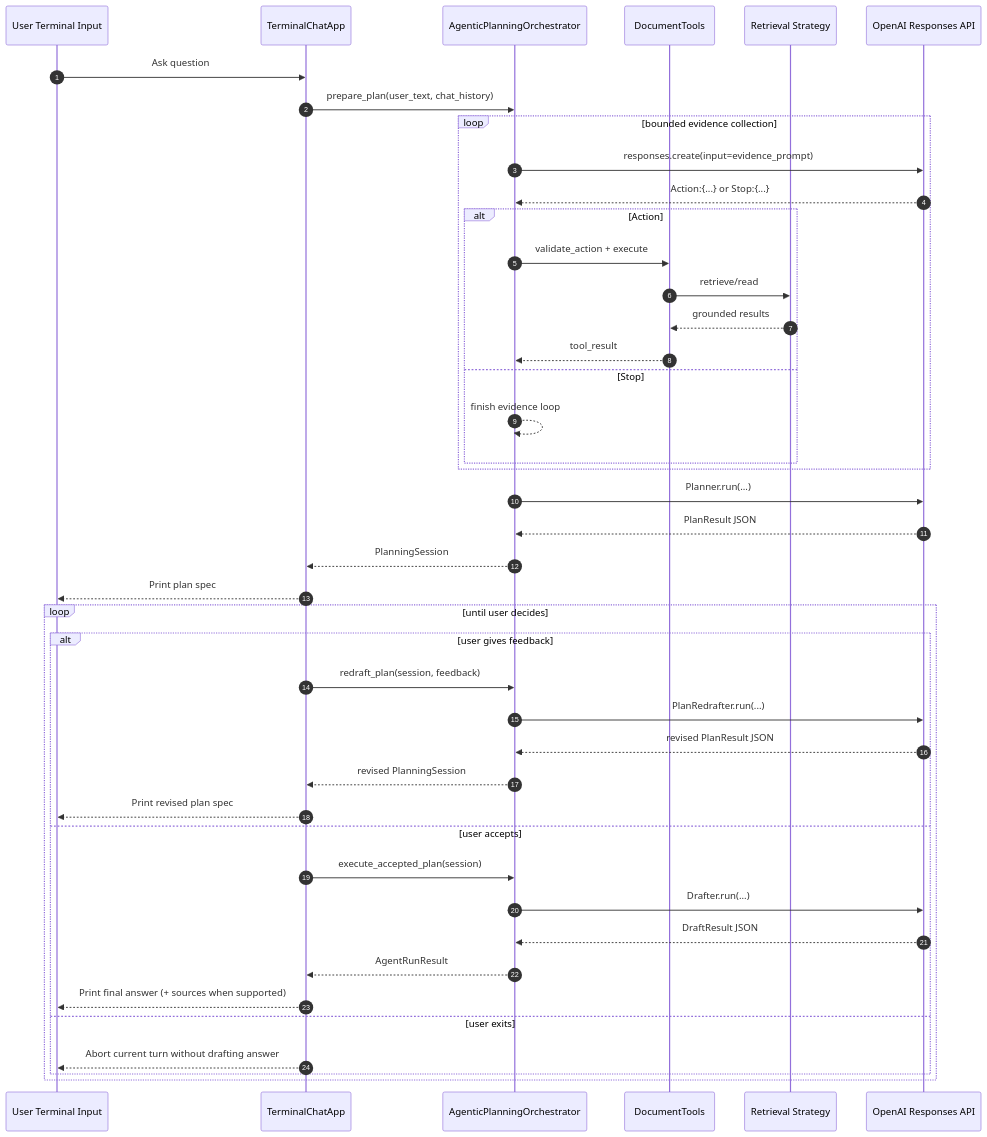
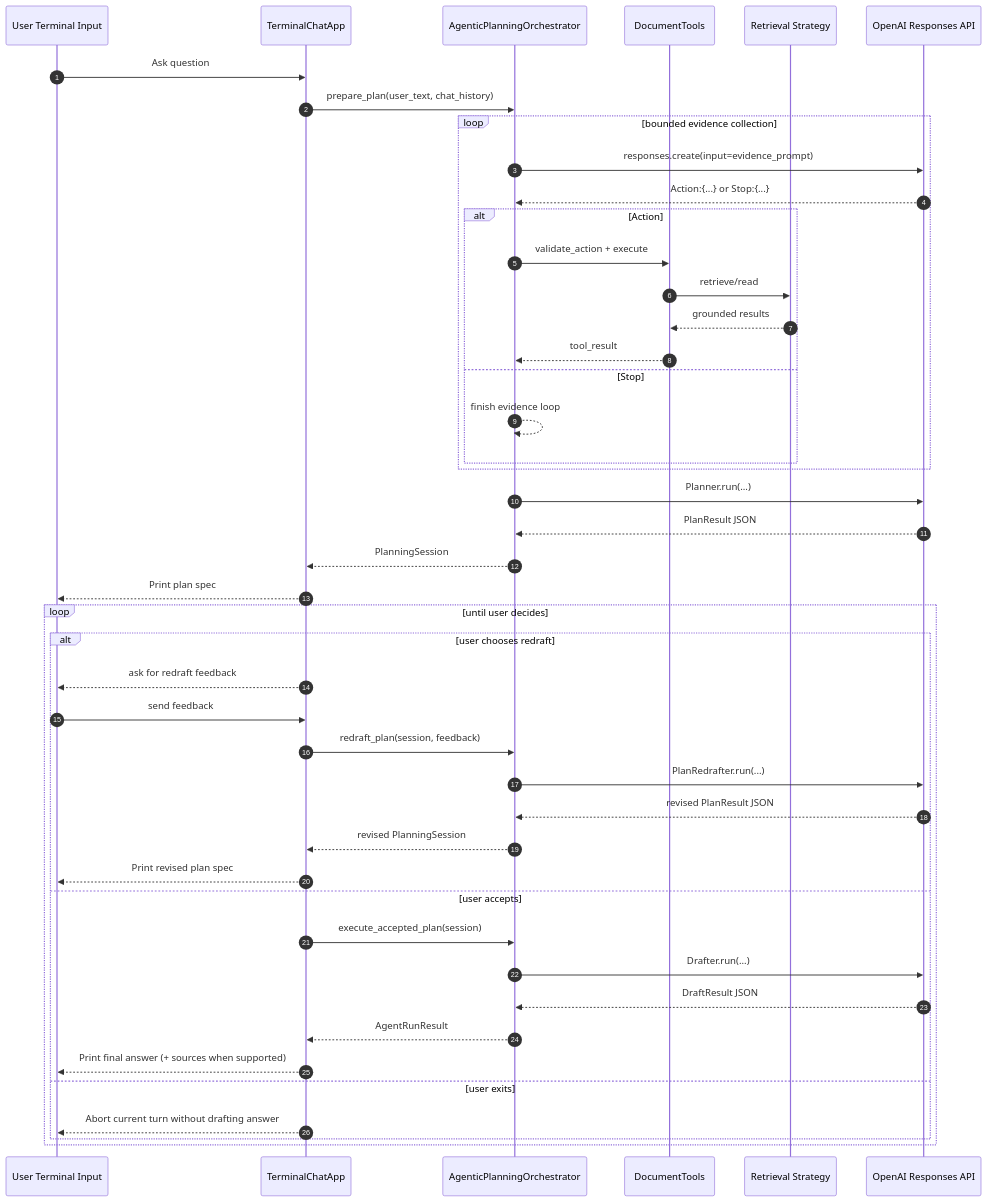
One commit to yao-creative/ai-playground changed the diagram in src/06-agentic-planning/README.md. Above: the diagram before and after it, drawn with Mermaid. The commit also changed other lines of this file and 2 other files, not shown here.

````diff
--- a/src/06-agentic-planning/README.md
+++ b/src/06-agentic-planning/README.md
@@ -18,49 +18,51 @@
 ```mermaid
 sequenceDiagram
     autonumber
     participant User as User Terminal Input
     participant App as TerminalChatApp
     participant Orch as AgenticPlanningOrchestrator
     participant Tools as DocumentTools
     participant Retriever as Retrieval Strategy
     participant OpenAI as OpenAI Responses API
 
     User->>App: Ask question
     App->>Orch: prepare_plan(user_text, chat_history)
 
     loop bounded evidence collection
         Orch->>OpenAI: responses.create(input=evidence_prompt)
         OpenAI-->>Orch: Action:{...} or Stop:{...}
         alt Action
             Orch->>Tools: validate_action + execute
             Tools->>Retriever: retrieve/read
             Retriever-->>Tools: grounded results
             Tools-->>Orch: tool_result
         else Stop
             Orch-->>Orch: finish evidence loop
         end
     end
 
     Orch->>OpenAI: Planner.run(...)
     OpenAI-->>Orch: PlanResult JSON
     Orch-->>App: PlanningSession
     App-->>User: Print plan spec
 
     loop until user decides
-        alt user gives feedback
+        alt user chooses redraft
+            App-->>User: ask for redraft feedback
+            User->>App: send feedback
             App->>Orch: redraft_plan(session, feedback)
             Orch->>OpenAI: PlanRedrafter.run(...)
             OpenAI-->>Orch: revised PlanResult JSON
             Orch-->>App: revised PlanningSession
             App-->>User: Print revised plan spec
         else user accepts
             App->>Orch: execute_accepted_plan(session)
             Orch->>OpenAI: Drafter.run(...)
             OpenAI-->>Orch: DraftResult JSON
             Orch-->>App: AgentRunResult
             App-->>User: Print final answer (+ sources when supported)
         else user exits
             App-->>User: Abort current turn without drafting answer
         end
     end
 ```
````
